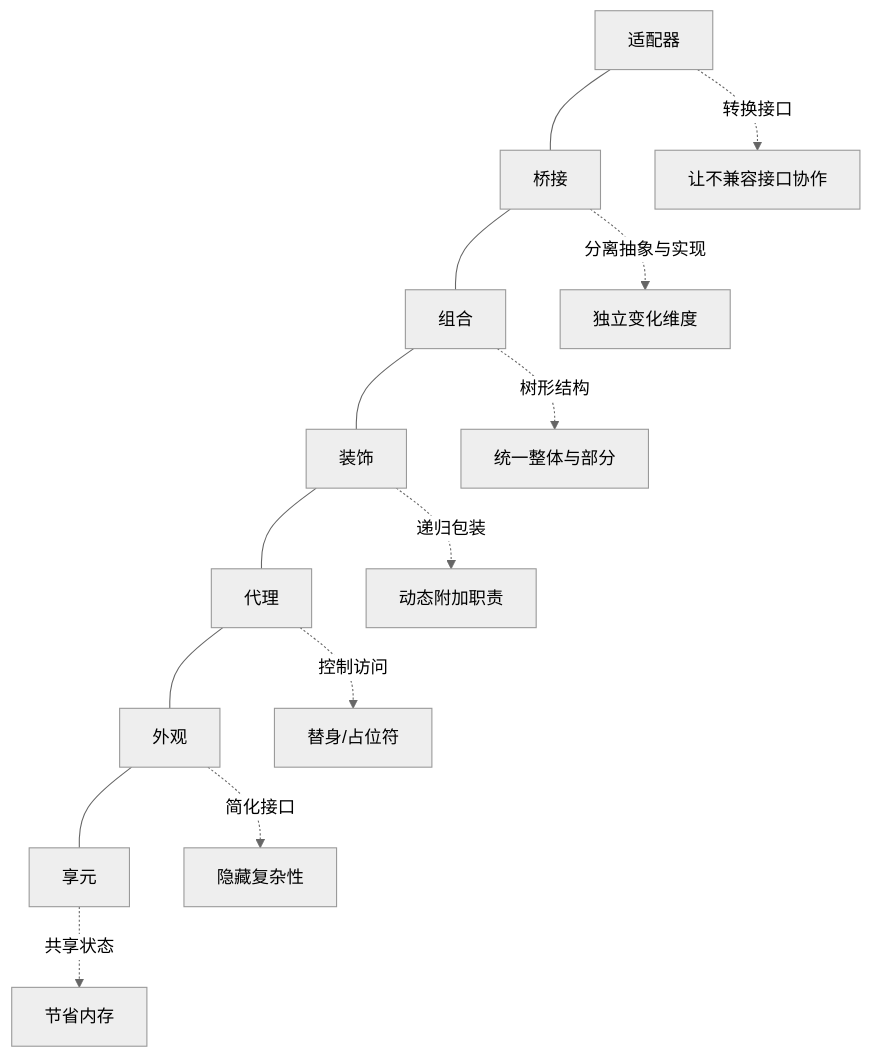
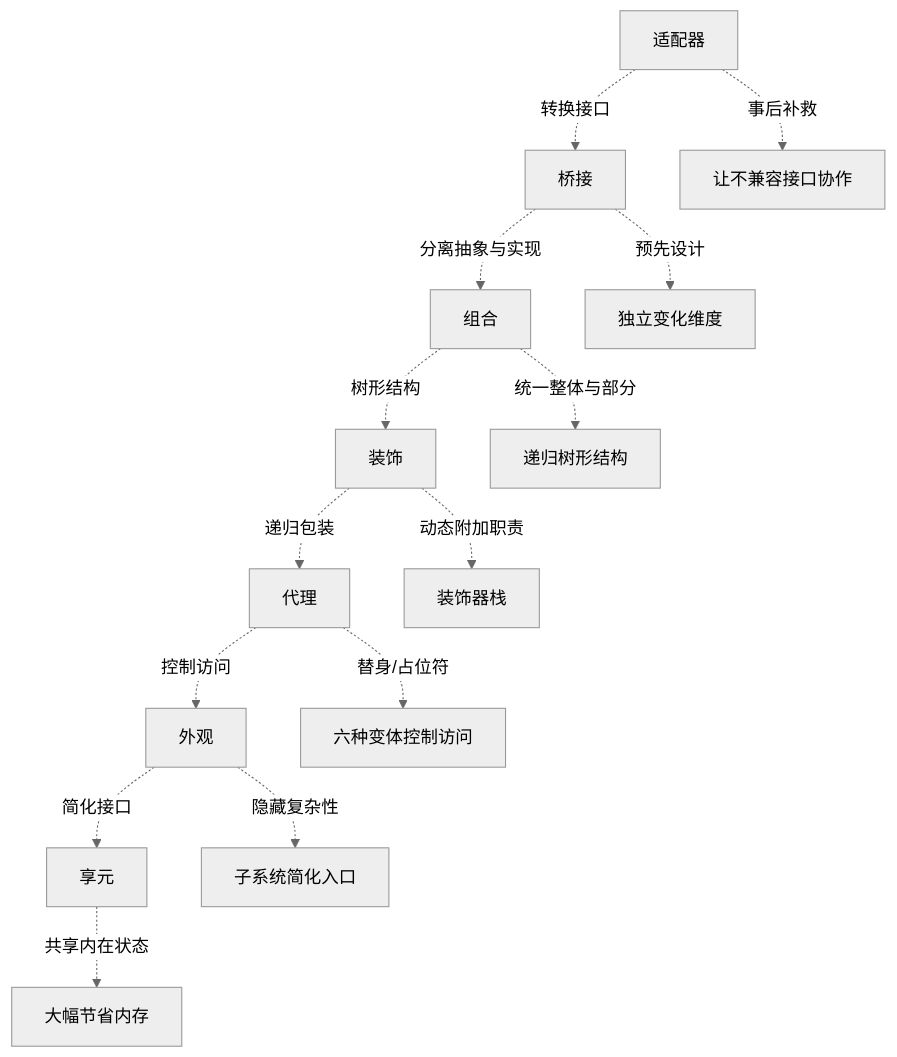
Before and after one commit to minijb/Wiki: the eighth of 8 diagrams in raw/cs/design-patterns/structural-patterns.md, drawn with Mermaid (neutral theme). The commit also changed other lines of this file and 962 other files, not shown here.

````diff
--- a/raw/cs/design-patterns/structural-patterns.md
+++ b/raw/cs/design-patterns/structural-patterns.md
@@ -858,17 +1141,17 @@
 ```mermaid
 graph TD
-    Adapter[适配器] --- Bridge[桥接]
-    Bridge --- Composite[组合]
-    Composite --- Decorator[装饰]
-    Decorator --- Proxy[代理]
-    Proxy --- Facade[外观]
-    Facade --- Flyweight[享元]
+    Adapter[适配器] -.->|转换接口| Bridge[桥接]
+    Bridge -.->|分离抽象与实现| Composite[组合]
+    Composite -.->|树形结构| Decorator[装饰]
+    Decorator -.->|递归包装| Proxy[代理]
+    Proxy -.->|控制访问| Facade[外观]
+    Facade -.->|简化接口| Flyweight[享元]
 
-    Adapter -.->|转换接口| AdapterDesc[让不兼容接口协作]
-    Bridge -.->|分离抽象与实现| BridgeDesc[独立变化维度]
-    Composite -.->|树形结构| CompositeDesc[统一整体与部分]
-    Decorator -.->|递归包装| DecoratorDesc[动态附加职责]
-    Proxy -.->|控制访问| ProxyDesc[替身/占位符]
-    Facade -.->|简化接口| FacadeDesc[隐藏复杂性]
-    Flyweight -.->|共享状态| FlyweightDesc[节省内存]
+    Adapter -.->|事后补救| AdapterDesc[让不兼容接口协作]
+    Bridge -.->|预先设计| BridgeDesc[独立变化维度]
+    Composite -.->|统一整体与部分| CompositeDesc[递归树形结构]
+    Decorator -.->|动态附加职责| DecoratorDesc[装饰器栈]
+    Proxy -.->|替身/占位符| ProxyDesc[六种变体控制访问]
+    Facade -.->|隐藏复杂性| FacadeDesc[子系统简化入口]
+    Flyweight -.->|共享内在状态| FlyweightDesc[大幅节省内存]
 ```
````
